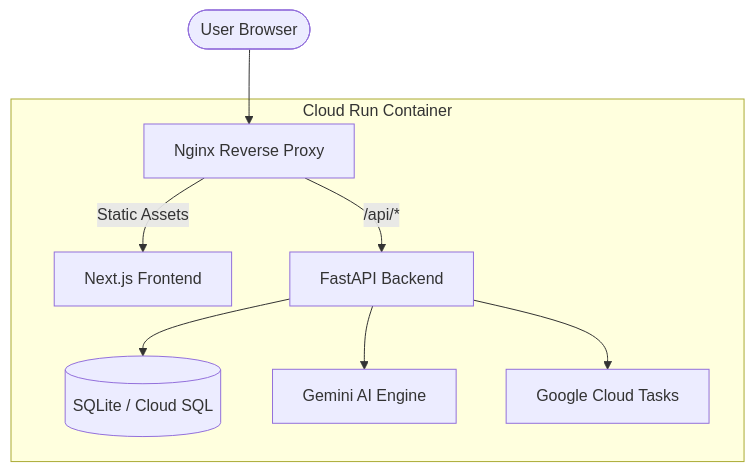
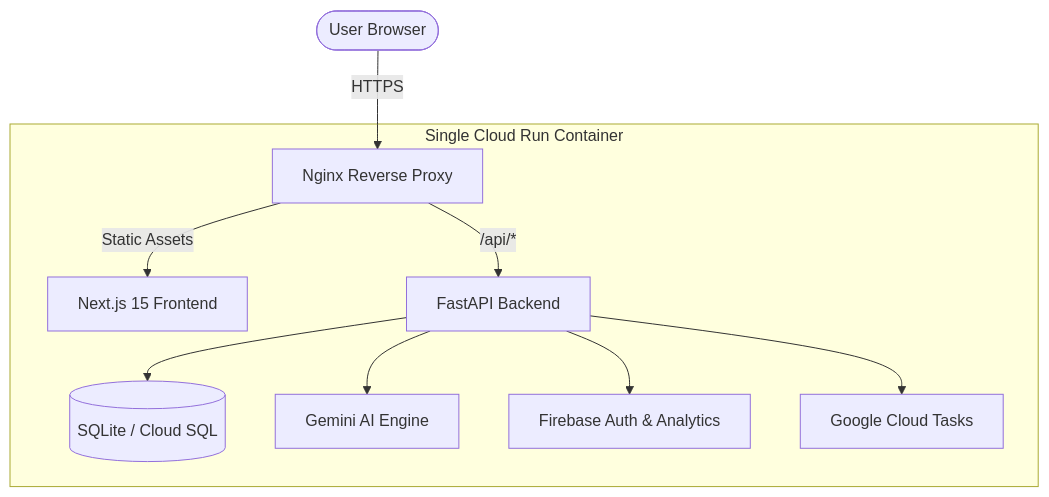
Before and after one commit to Harshitagarwal113/MatdaanPath-Official-2026: the diagram in README.md, drawn with Mermaid. The commit also changed other lines of this file, not shown here.

Commit message:
docs: finalize premium README with 2026 focus and architecture details

````diff
--- a/README.md
+++ b/README.md
@@ -29,11 +30,12 @@
 ```mermaid
 graph TD
-    User([User Browser]) --> Nginx[Nginx Reverse Proxy]
-    subgraph "Cloud Run Container"
-        Nginx -->|Static Assets| NextJS[Next.js Frontend]
+    User([User Browser]) -->|HTTPS| Nginx[Nginx Reverse Proxy]
+    subgraph "Single Cloud Run Container"
+        Nginx -->|Static Assets| NextJS[Next.js 15 Frontend]
         Nginx -->|/api/*| FastAPI[FastAPI Backend]
         FastAPI --> SQLite[(SQLite / Cloud SQL)]
         FastAPI --> Gemini[Gemini AI Engine]
+        FastAPI --> Firebase[Firebase Auth & Analytics]
         FastAPI --> CloudTasks[Google Cloud Tasks]
     end
 ```
````
